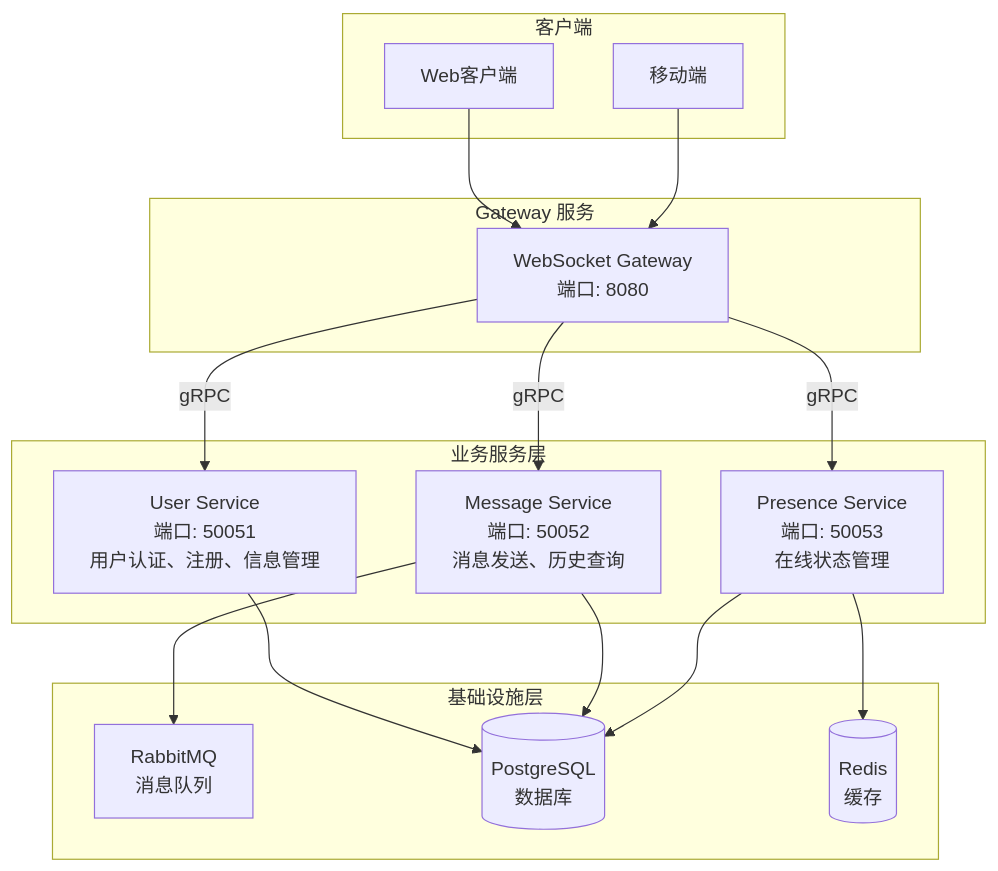
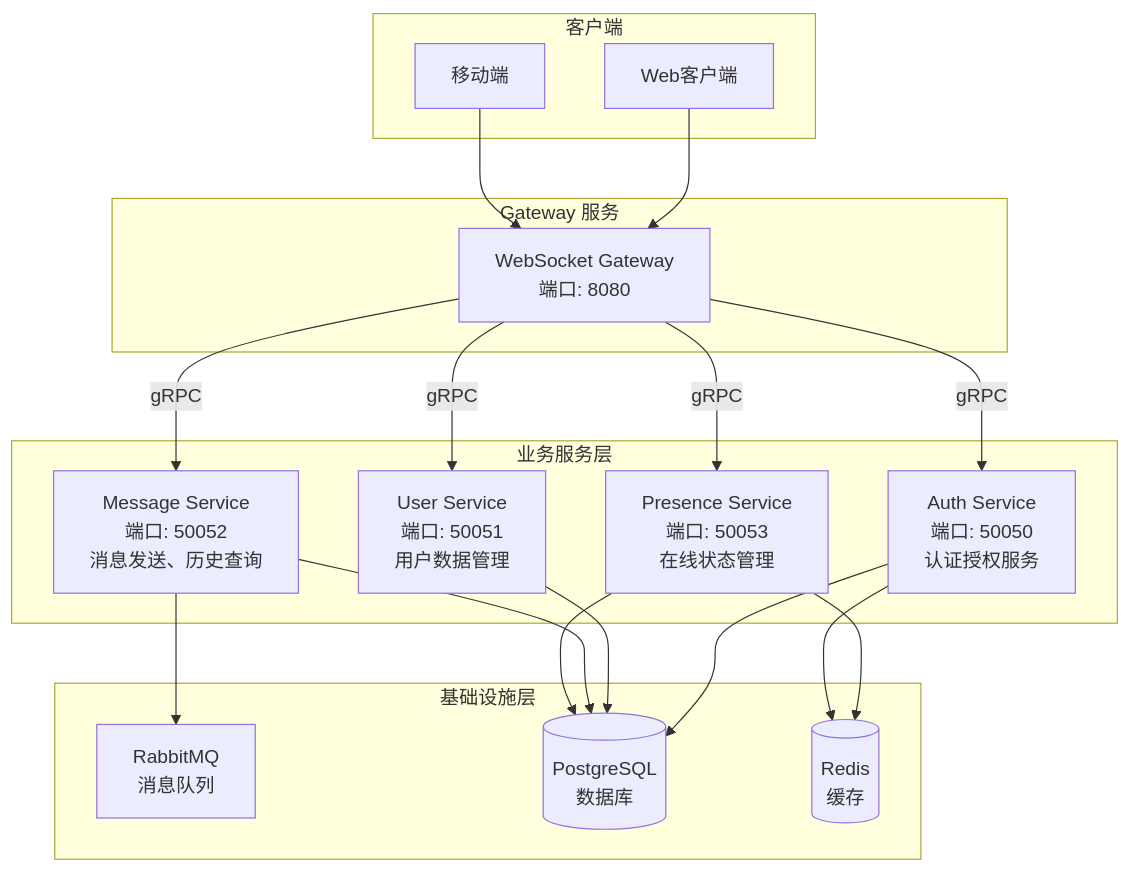
Before and after one commit to HappyLadySauce/Beehive: the first of 2 diagrams in docs/dev/00-完整开发指南.md, drawn with Mermaid. The commit also changed other lines of this file and 3 other files, not shown here.

Commit message:
Implement Auth Service for user authentication, including JWT token generation and validation, and update service architecture to integrate with Redis for token caching and blacklisting. Refactor related documentation and project structure to accommodate the new service.

````diff
--- a/docs/dev/00-完整开发指南.md
+++ b/docs/dev/00-完整开发指南.md
@@ -13,34 +13,38 @@
 ```mermaid
 graph TB
     subgraph Clients["客户端"]
         Web[Web客户端]
         Mobile[移动端]
     end
     
     subgraph Gateway["Gateway 服务"]
         WS[WebSocket Gateway<br/>端口: 8080]
     end
     
     subgraph Services["业务服务层"]
-        US[User Service<br/>端口: 50051<br/>用户认证、注册、信息管理]
+        AS[Auth Service<br/>端口: 50050<br/>认证授权服务]
+        US[User Service<br/>端口: 50051<br/>用户数据管理]
         MS[Message Service<br/>端口: 50052<br/>消息发送、历史查询]
         PS[Presence Service<br/>端口: 50053<br/>在线状态管理]
     end
     
     subgraph Infrastructure["基础设施层"]
         MQ[RabbitMQ<br/>消息队列]
         DB[(PostgreSQL<br/>数据库)]
         Redis[(Redis<br/>缓存)]
     end
     
     Web --> WS
     Mobile --> WS
+    WS -->|gRPC| AS
     WS -->|gRPC| US
     WS -->|gRPC| MS
     WS -->|gRPC| PS
     MS --> MQ
     PS --> Redis
+    AS --> Redis
+    AS --> DB
     US --> DB
     MS --> DB
     PS --> DB
 ```
````
